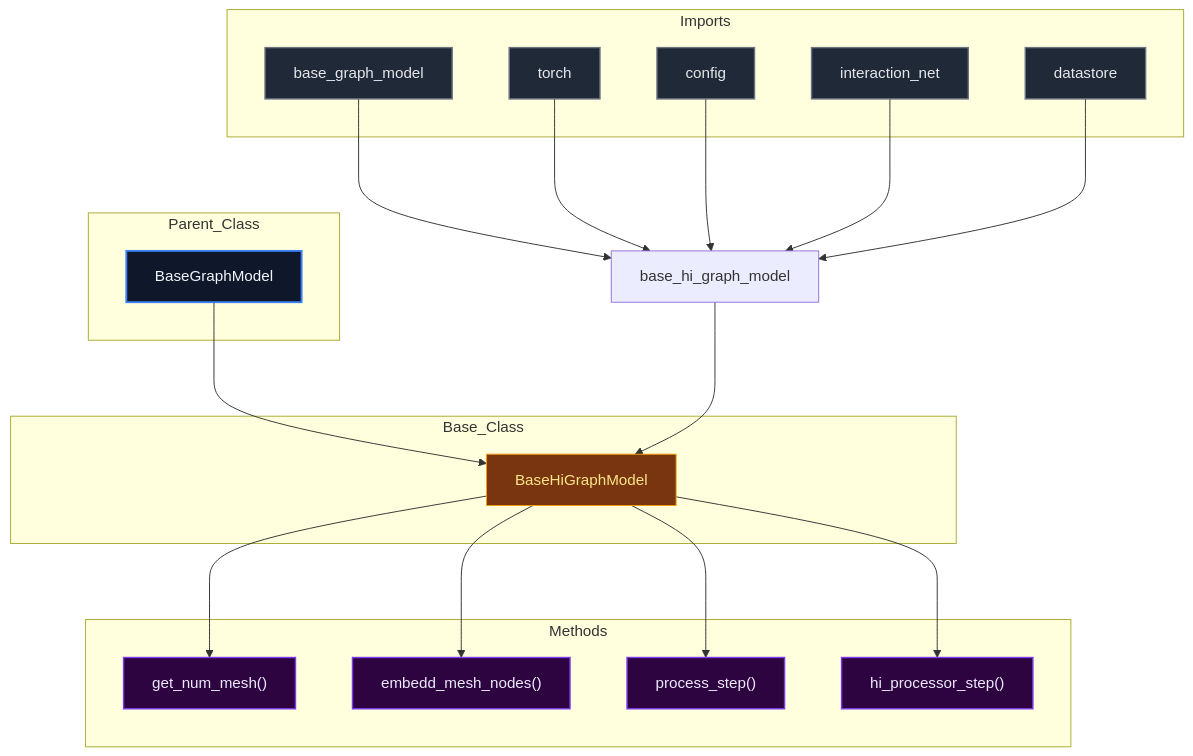
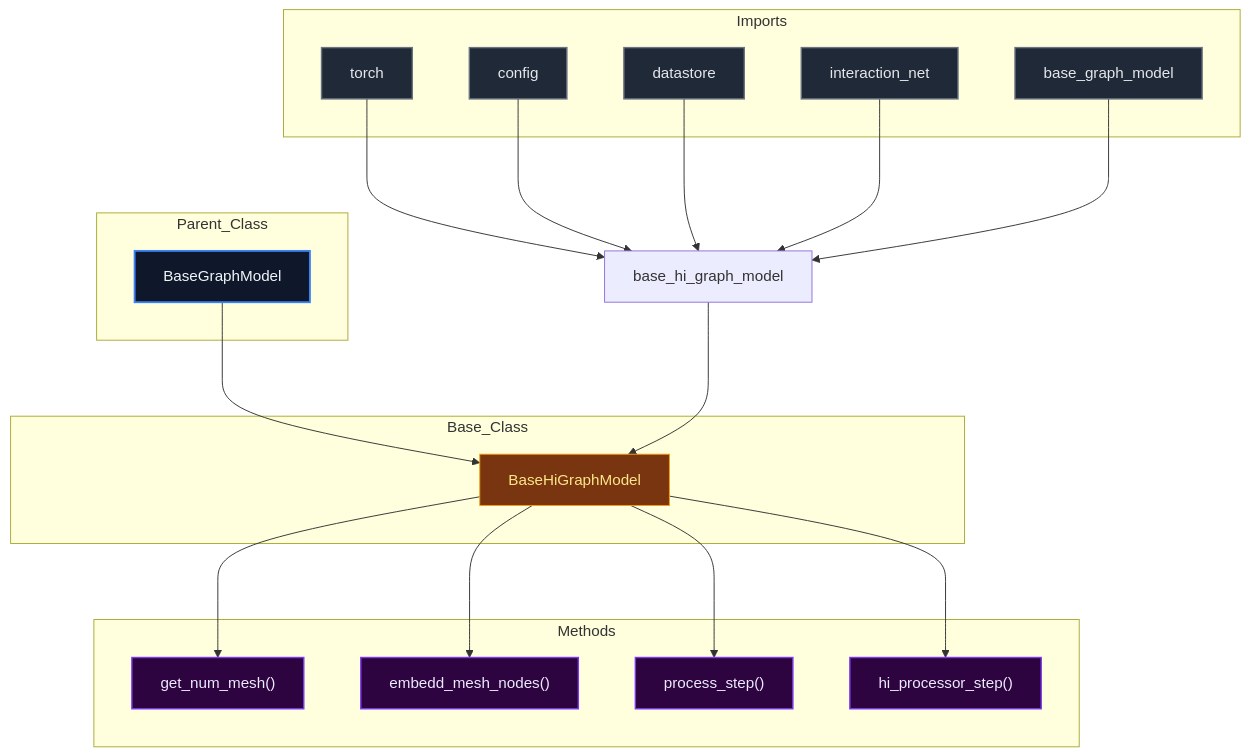
One commit to mllam/neural-lam changed the diagram in docs/diagrams/base_hi_graph_model_diagram.md. Above: the diagram before and after it, drawn with Mermaid. The commit also changed 19 other files, not shown here.

Commit message:
Auto-update Mermaid diagrams

````diff
--- a/docs/diagrams/base_hi_graph_model_diagram.md
+++ b/docs/diagrams/base_hi_graph_model_diagram.md
@@ -1,54 +1,54 @@
 ```mermaid
 %%{init: {'flowchart': {'nodeSpacing': 60, 'rankSpacing': 80}}}%%
 flowchart TD
 
 module["base_hi_graph_model"]
 
 subgraph Parent_Class
     BaseGraphModel["BaseGraphModel"]
 end
 
 subgraph Base_Class
     BaseHiGraphModel["BaseHiGraphModel"]
 end
 
     BaseGraphModel --> BaseHiGraphModel
 
 subgraph Imports
-    base_graph_model["base_graph_model"]
     torch["torch"]
     config["config"]
+    datastore["datastore"]
     interaction_net["interaction_net"]
-    datastore["datastore"]
+    base_graph_model["base_graph_model"]
 end
 
-    base_graph_model --> module
     torch --> module
     config --> module
+    datastore --> module
     interaction_net --> module
-    datastore --> module
+    base_graph_model --> module
     module --> BaseHiGraphModel
 
 subgraph Methods
     BaseHiGraphModel_get_num_mesh["get_num_mesh()"]
     BaseHiGraphModel_embedd_mesh_nodes["embedd_mesh_nodes()"]
     BaseHiGraphModel_process_step["process_step()"]
     BaseHiGraphModel_hi_processor_step["hi_processor_step()"]
 end
 
     BaseHiGraphModel --> BaseHiGraphModel_get_num_mesh
     BaseHiGraphModel --> BaseHiGraphModel_embedd_mesh_nodes
     BaseHiGraphModel --> BaseHiGraphModel_process_step
     BaseHiGraphModel --> BaseHiGraphModel_hi_processor_step
 
 classDef parent fill:#0f172a,stroke:#3b82f6,stroke-width:2px,color:#f1f5f9,font-size:16px
 classDef base fill:#78350f,stroke:#f59e0b,stroke-width:1px,color:#fde68a,font-size:16px
 classDef import fill:#1f2937,stroke:#6b7280,stroke-width:1.5px,color:#e5e7eb,font-size:16px
 classDef method fill:#2d043f,stroke:#7c3aed,stroke-width:1.5px,color:#ede9fe,font-size:16px
 classDef callNode fill:#064e3b,stroke:#10b981,stroke-width:1.5px,color:#d1fae5,font-size:16px
 class BaseGraphModel parent
 class BaseHiGraphModel base
-class base_graph_model,torch,config,interaction_net,datastore import
+class torch,config,datastore,interaction_net,base_graph_model import
 class BaseHiGraphModel_get_num_mesh,BaseHiGraphModel_embedd_mesh_nodes,BaseHiGraphModel_process_step,BaseHiGraphModel_hi_processor_step method
 
 ```
````
